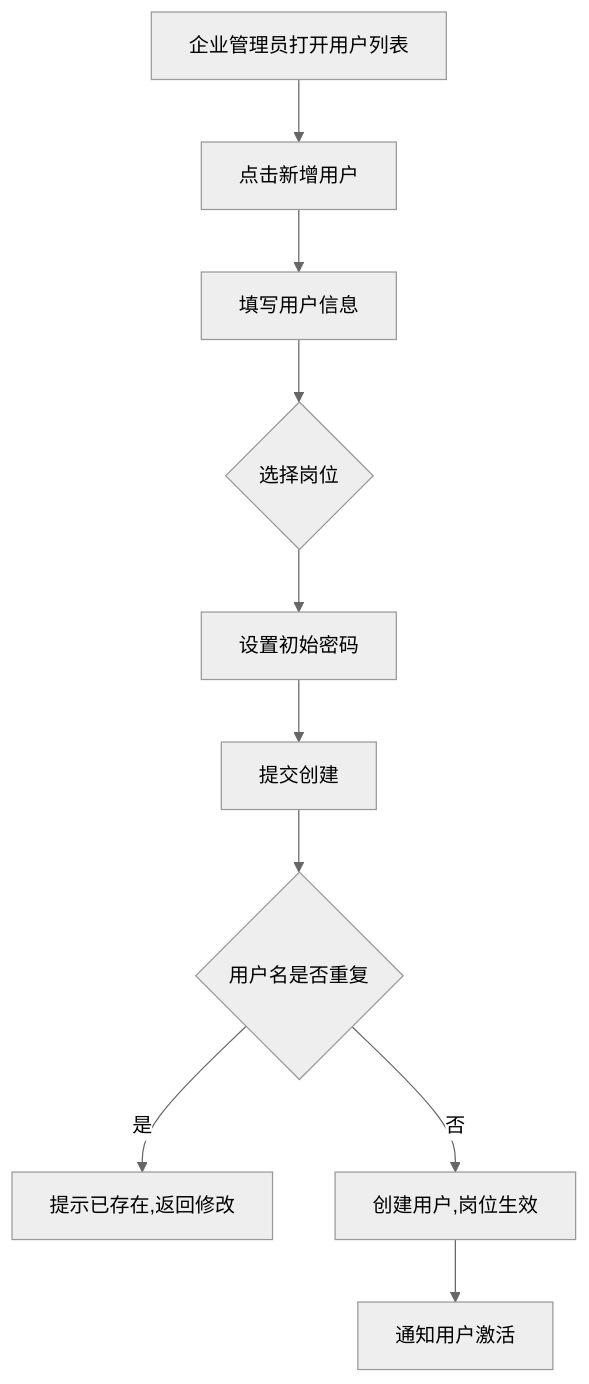
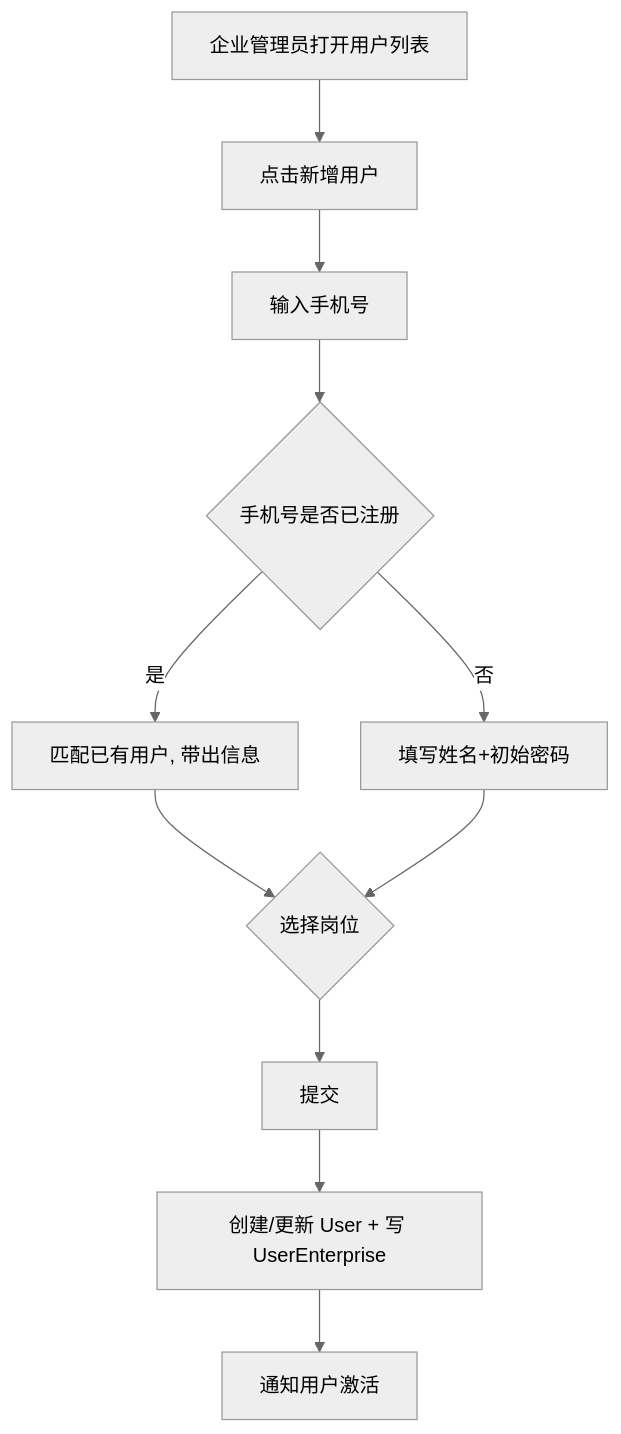
One commit to LiSunny/SaaS_Demo changed the first of 2 diagrams in docs/用户管理/biz-design.md. Above: the diagram before and after it, drawn with Mermaid (neutral theme). The commit also changed other lines of this file and 85 other files, not shown here.

````diff
--- a/docs/用户管理/biz-design.md
+++ b/docs/用户管理/biz-design.md
@@ -91,12 +98,13 @@
 ```mermaid
 flowchart TD
     A[企业管理员打开用户列表] --> B[点击新增用户]
-    B --> C[填写用户信息]
-    C --> D{选择岗位}
-    D --> E[设置初始密码]
-    E --> F[提交创建]
-    F --> G{用户名是否重复}
-    G -->|是| H[提示已存在,返回修改]
-    G -->|否| I[创建用户,岗位生效]
+    B --> C[输入手机号]
+    C --> D{手机号是否已注册}
+    D -->|是| E[匹配已有用户, 带出信息]
+    D -->|否| F[填写姓名+初始密码]
+    E --> G{选择岗位}
+    F --> G
+    G --> H[提交]
+    H --> I[创建/更新 User + 写 UserEnterprise]
     I --> J[通知用户激活]
 ```
````
